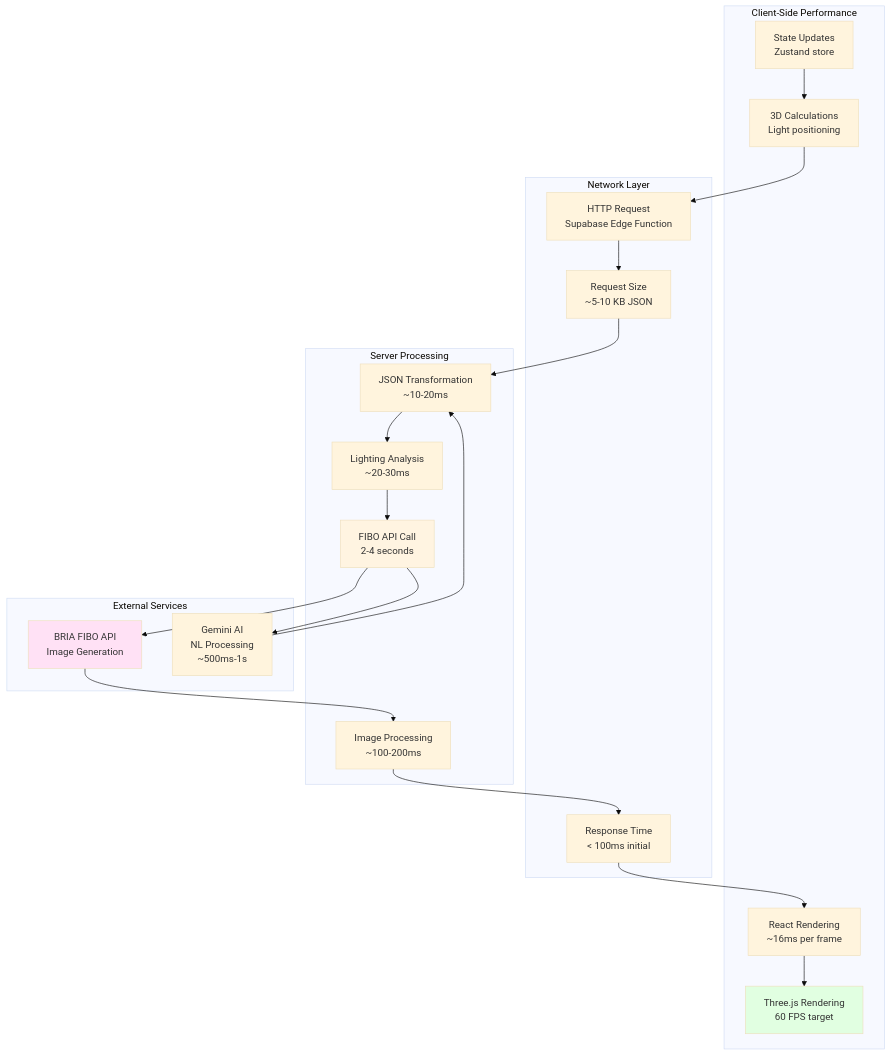
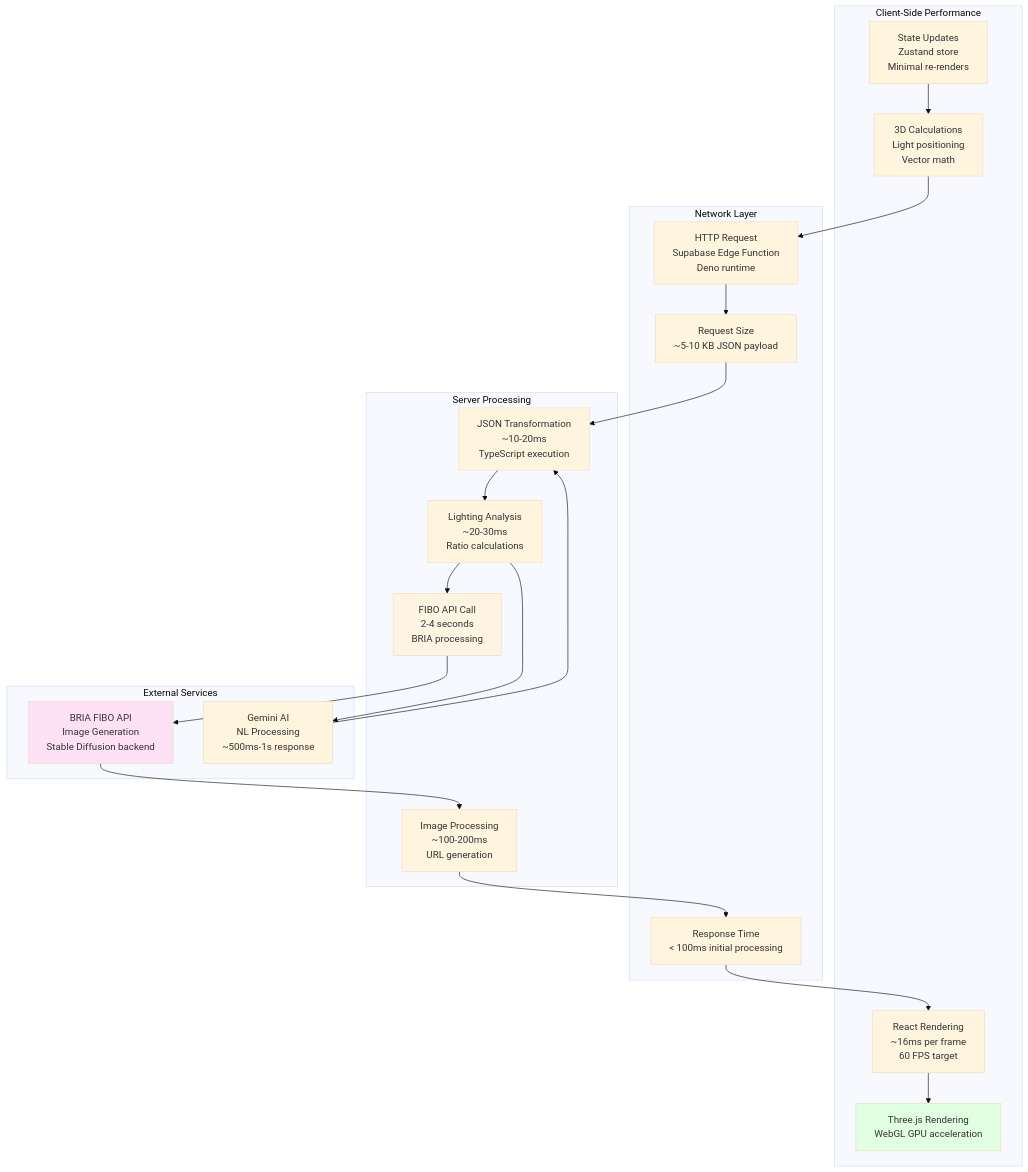
The fifth of 5 diagrams in README.md (lucylow/prolight-ai-fibo), drawn with Mermaid (base theme) before and after one commit. The commit also changed other lines of this file and 41 other files, not shown here.

````diff
--- a/README.md
+++ b/README.md
@@ -680,49 +1159,49 @@
 ```mermaid
 graph TB
     subgraph "Client-Side Performance"
-        A1[React Rendering<br/>~16ms per frame]
-        A2[Three.js Rendering<br/>60 FPS target]
-        A3[State Updates<br/>Zustand store]
-        A4[3D Calculations<br/>Light positioning]
+        A1[React Rendering<br/>~16ms per frame<br/>60 FPS target]
+        A2[Three.js Rendering<br/>WebGL GPU acceleration]
+        A3[State Updates<br/>Zustand store<br/>Minimal re-renders]
+        A4[3D Calculations<br/>Light positioning<br/>Vector math]
     end
     
     subgraph "Network Layer"
-        B1[HTTP Request<br/>Supabase Edge Function]
-        B2[Request Size<br/>~5-10 KB JSON]
-        B3[Response Time<br/>< 100ms initial]
+        B1[HTTP Request<br/>Supabase Edge Function<br/>Deno runtime]
+        B2[Request Size<br/>~5-10 KB JSON payload]
+        B3[Response Time<br/>< 100ms initial processing]
     end
     
     subgraph "Server Processing"
-        C1[JSON Transformation<br/>~10-20ms]
-        C2[Lighting Analysis<br/>~20-30ms]
-        C3[FIBO API Call<br/>2-4 seconds]
-        C4[Image Processing<br/>~100-200ms]
+        C1[JSON Transformation<br/>~10-20ms<br/>TypeScript execution]
+        C2[Lighting Analysis<br/>~20-30ms<br/>Ratio calculations]
+        C3[FIBO API Call<br/>2-4 seconds<br/>BRIA processing]
+        C4[Image Processing<br/>~100-200ms<br/>URL generation]
     end
     
     subgraph "External Services"
-        D1[BRIA FIBO API<br/>Image Generation]
-        D2[Gemini AI<br/>NL Processing<br/>~500ms-1s]
+        D1[BRIA FIBO API<br/>Image Generation<br/>Stable Diffusion backend]
+        D2[Gemini AI<br/>NL Processing<br/>~500ms-1s response]
     end
     
     A1 --> A2
     A3 --> A4
     A4 --> B1
     
     B1 --> B2
     B2 --> C1
     
     C1 --> C2
     C2 --> C3
     C3 --> D1
-    C3 --> D2
+    C2 --> D2
     
     D1 --> C4
     D2 --> C1
     
     C4 --> B3
     B3 --> A1
     
     style A2 fill:#e1ffe1
     style C3 fill:#fff4e1
     style D1 fill:#ffe1f5
 ```
````
